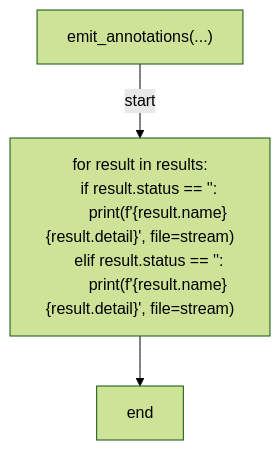
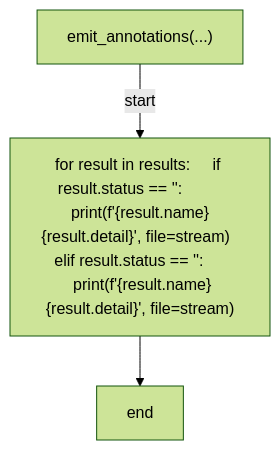
One commit to tvna/claude-md changed the eighth of 10 diagrams in docs/generated/scripts/ast/preflight_all.md. Above: the diagram before and after it, drawn with Mermaid (forest theme). The commit also changed other lines of this file and 29 other files, not shown here.

First line of the commit message:
docs(generated): regenerate decision tree and workflow diagrams (batch 3/5)

````diff
--- a/docs/generated/scripts/ast/preflight_all.md
+++ b/docs/generated/scripts/ast/preflight_all.md
@@ -208,12 +189,8 @@
 ```mermaid
 flowchart TD
     N001["emit_annotations(...)"]
-    N002["for result in results:
-    if result.status == '<str>':
-        print(f'<str>{result.name}<str>{result.detail}<str>', file=stream)
-    elif result.status == '<str>':
-        print(f'<str>{result.name}<str>{result.detail}<str>', file=stream)"]
+    N002["for result in results:     if result.status == '<str>':         print(f'<str>{result.name}<str>{result.detail}<str>', file=stream)     elif result.status == '<str>':         print(f'<str>{result.name}<str>{result.detail}<str>', file=stream)"]
     N003["end"]
     N001 -->|"start"| N002
     N002 --> N003
 ```
````
